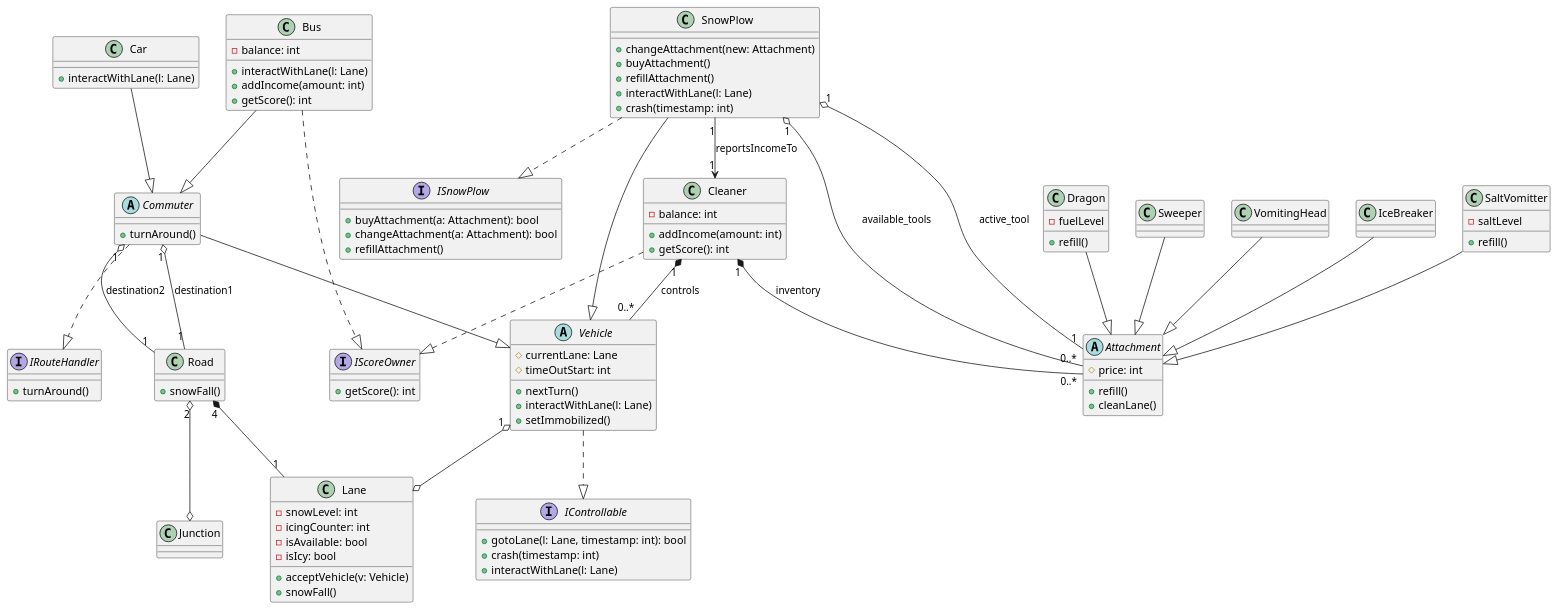
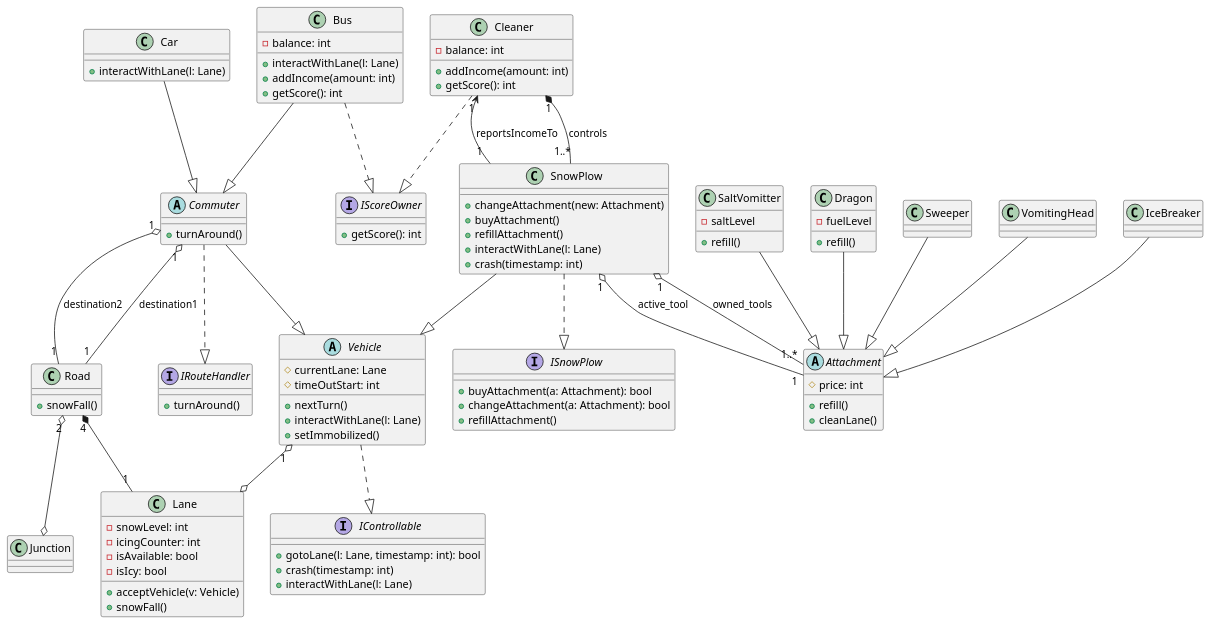
One commit to toth-andor/UneNotteANapoli changed the diagram in docs/04/diagrams/class-diagram.puml. Above: the diagram before and after it, drawn with PlantUML.

Commit message:
fix: rename Player to Cleaner, fix multiplicities, move attachments to SnowPlow

```diff
--- a/docs/04/diagrams/class-diagram.puml
+++ b/docs/04/diagrams/class-diagram.puml
@@ -1,102 +1,101 @@
 @startuml class-diagram
 abstract Vehicle {
   # currentLane: Lane
   # timeOutStart: int
   + nextTurn()
   + interactWithLane(l: Lane)
   + setImmobilized()
 }
 class Bus {
   - balance: int
   + interactWithLane(l: Lane)
   + addIncome(amount: int)
   + getScore(): int
 }
 class SnowPlow {
   + changeAttachment(new: Attachment)
   + buyAttachment()
   + refillAttachment()
   + interactWithLane(l: Lane)
   + crash(timestamp: int)
 }
 class Car {
   + interactWithLane(l: Lane)
 }
 abstract Attachment {
   # price: int
   + refill()
   + cleanLane()
 }
 class Dragon {
   - fuelLevel
   + refill()
 }
 class Sweeper
 class VomitingHead
 class IceBreaker
 class SaltVomitter {
   - saltLevel
   + refill()
 }
 class Road {
   + snowFall()
 }
 class Lane {
   - snowLevel: int
   - icingCounter: int
   - isAvailable: bool
   - isIcy: bool
   + acceptVehicle(v: Vehicle)
   + snowFall()
 }
 class Junction
 class Cleaner {
   - balance: int
   + addIncome(amount: int)
   + getScore(): int
 }
 abstract class Commuter {
   + turnAround()
 }
 interface IControllable {
   + gotoLane(l: Lane, timestamp: int): bool
   + crash(timestamp: int)
   + interactWithLane(l: Lane)
 }
 interface ISnowPlow {
   + buyAttachment(a: Attachment): bool
   + changeAttachment(a: Attachment): bool
   + refillAttachment()
 }
 interface IRouteHandler {
   + turnAround()
 }
 interface IScoreOwner {
   + getScore(): int
 }
 
 Road "4" *-- "1" Lane
 Dragon --|> Attachment
 Sweeper --|> Attachment
 VomitingHead --|> Attachment
 IceBreaker --|> Attachment
 SaltVomitter --|> Attachment
 Road "2" o--o Junction
 Vehicle "1" o--o Lane
 Commuter "1" o-- "1" Road : destination1
 Commuter "1" o-- "1" Road : destination2
 Vehicle ..|> IControllable
 SnowPlow --|> Vehicle
 SnowPlow ..|> ISnowPlow
 Commuter --|> Vehicle
 Commuter ..|> IRouteHandler
 Bus --|> Commuter
 Bus ..|> IScoreOwner
 Car --|> Commuter
 Cleaner ..|> IScoreOwner
-Cleaner "1" *-- "0..*" Vehicle : controls
-Cleaner "1" *-- "0..*" Attachment : inventory
-SnowPlow "1" o-- "0..*" Attachment : available_tools
+Cleaner "1" *-- "1..*" SnowPlow : controls
+SnowPlow "1" o-- "1..*" Attachment : owned_tools
 SnowPlow "1" o-- "1" Attachment : active_tool
 SnowPlow "1" --> "1" Cleaner : reportsIncomeTo
 @enduml
```
